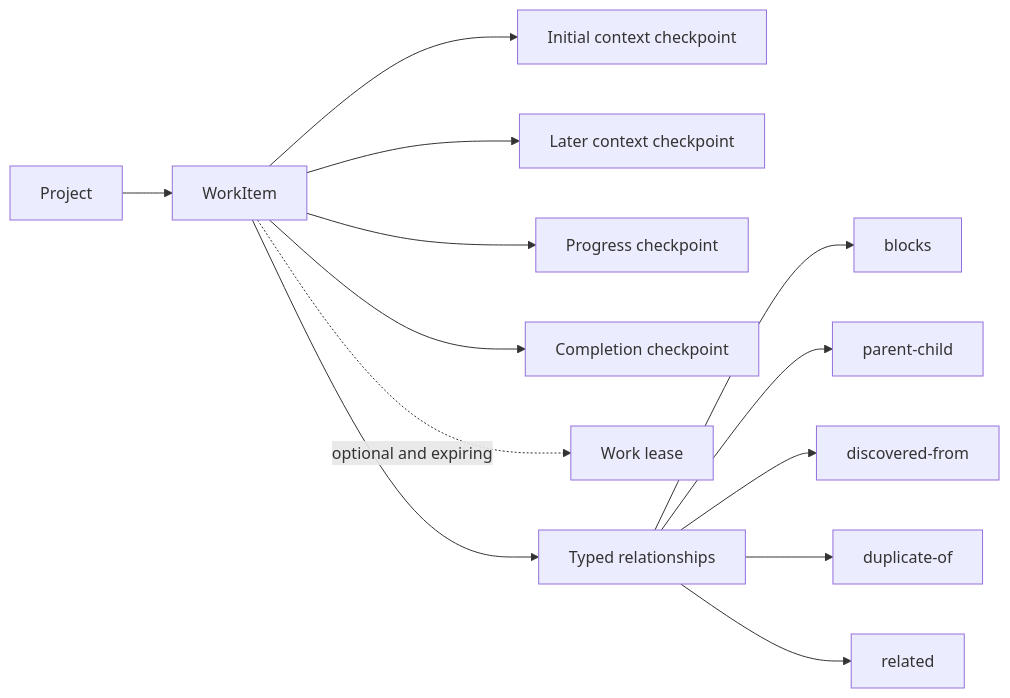
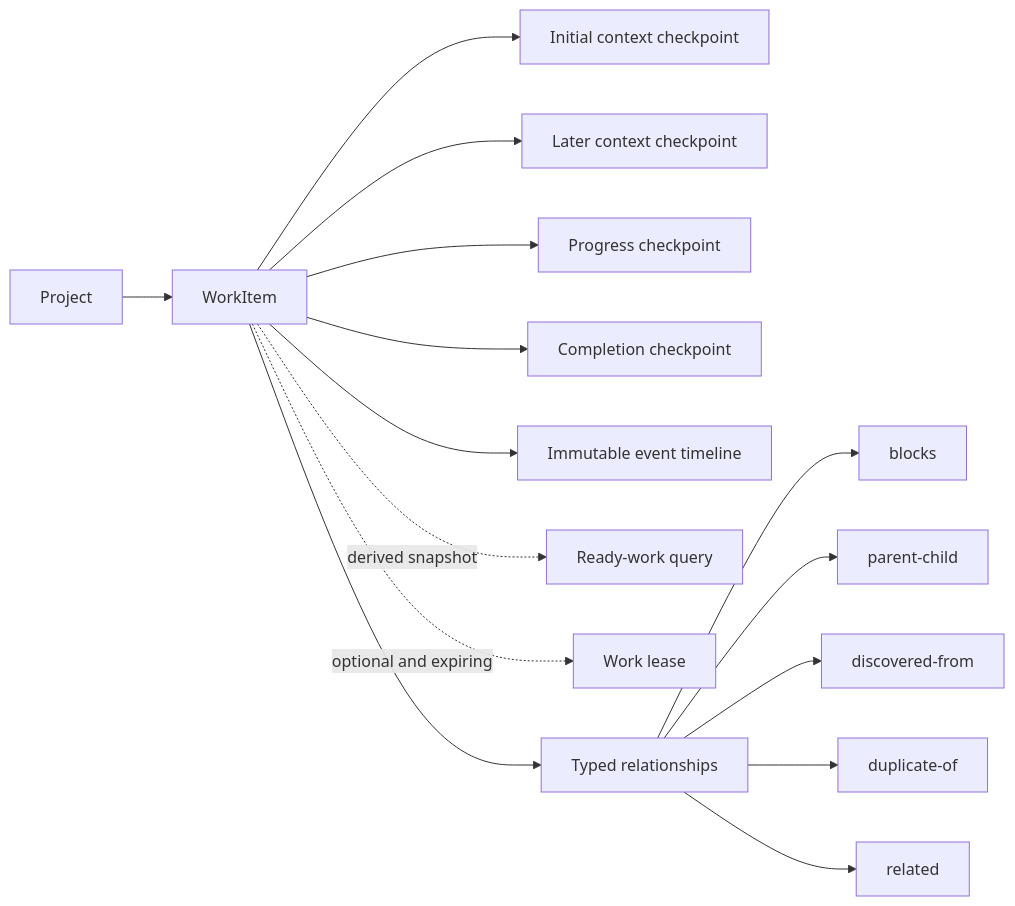
Before and after one commit to RightBrain-Networks/mnemonic: the first of 2 diagrams in docs/architecture.md, drawn with Mermaid. The commit also changed other lines of this file and 55 other files, not shown here.

Commit message:
Deliver ready work and immutable event timelines

````diff
--- a/docs/architecture.md
+++ b/docs/architecture.md
@@ -16,15 +16,17 @@
 ```mermaid
 flowchart LR
     Project --> WorkItem
     WorkItem --> Initial[Initial context checkpoint]
     WorkItem --> Context[Later context checkpoint]
     WorkItem --> Progress[Progress checkpoint]
     WorkItem --> Completion[Completion checkpoint]
+    WorkItem --> Event[Immutable event timeline]
+    WorkItem -. derived snapshot .-> Ready[Ready-work query]
     WorkItem -. optional and expiring .-> Lease[Work lease]
     WorkItem --> Graph[Typed relationships]
     Graph --> Blocks[blocks]
     Graph --> Parent[parent-child]
     Graph --> Discovery[discovered-from]
     Graph --> Duplicate[duplicate-of]
     Graph --> Related[related]
 ```
````
